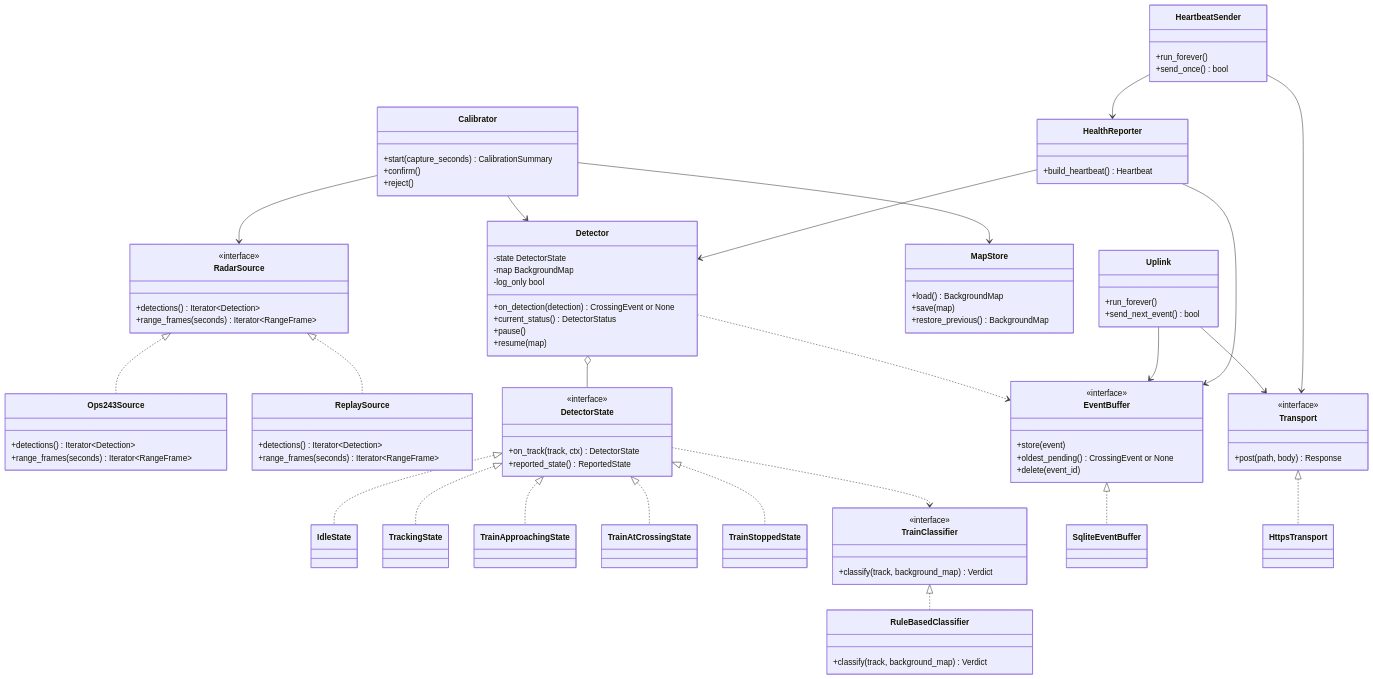
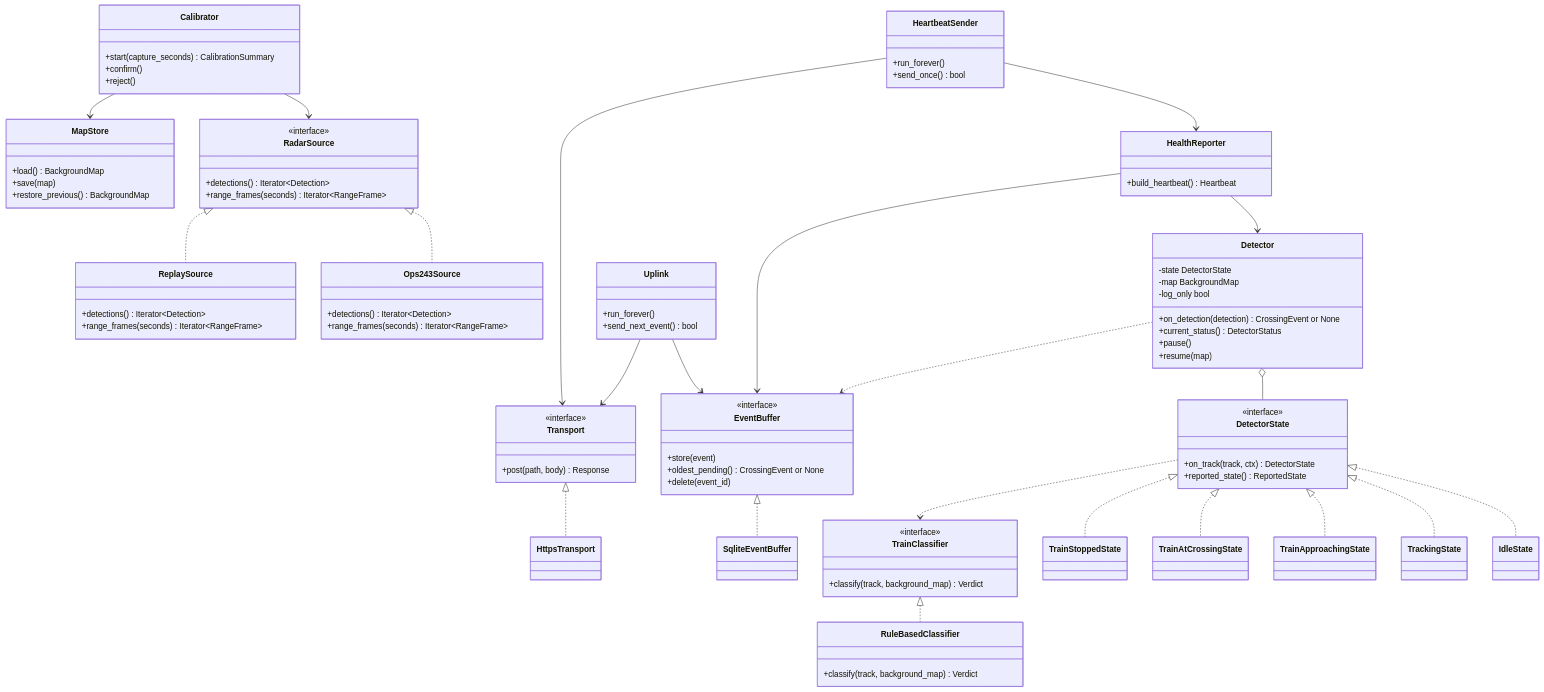
Before and after one commit to Fcorre000/mavradar: the first of 4 diagrams in docs/artifacts/blueprint/08_design_class_diagrams.md, drawn with Mermaid. The commit also changed other lines of this file and 10 other files, not shown here.

```diff
--- a/docs/artifacts/blueprint/08_design_class_diagrams.md
+++ b/docs/artifacts/blueprint/08_design_class_diagrams.md
@@ -84,7 +84,6 @@
         +confirm()
         +reject()
     }
-    Calibrator --> Detector
     Calibrator --> RadarSource
     Calibrator --> MapStore
 
```
